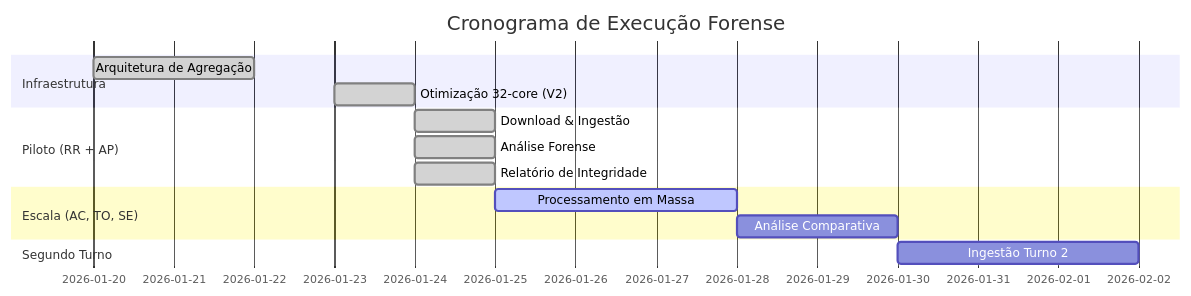
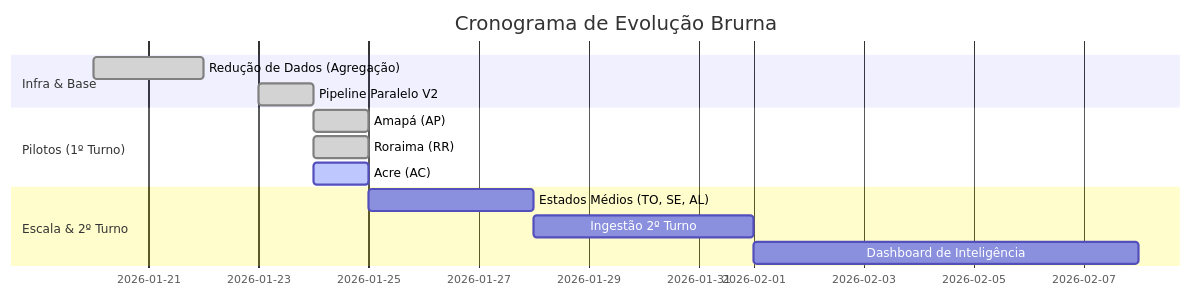
One commit to MarcosJRcwb/brurna-analytics changed the diagram in README.md. Above: the diagram before and after it, drawn with Mermaid. The commit also changed other lines of this file and 6 other files, not shown here.

Commit message:
docs: finalize roadmap priorities, architecture visual, and triple-state comparison

````diff
--- a/README.md
+++ b/README.md
@@ -51,17 +50,16 @@
 ```mermaid
 gantt
-    title Cronograma de Execução Forense
+    title Cronograma de Evolução Brurna
     dateFormat  YYYY-MM-DD
-    section Infraestrutura
-    Arquitetura de Agregação       :done,    des1, 2026-01-20, 2026-01-22
-    Otimização 32-core (V2)        :done,    des2, 2026-01-23, 2026-01-24
-    section Piloto (RR + AP)
-    Download & Ingestão            :done,    pil1, 2026-01-24, 1d
-    Análise Forense                :done,    pil2, 2026-01-24, 1d
-    Relatório de Integridade       :done,    pil3, 2026-01-24, 1d
-    section Escala (AC, TO, SE)
-    Processamento em Massa         :active,  esc1, 2026-01-25, 3d
-    Análise Comparativa            :         esc2, after esc1, 2d
-    section Segundo Turno
-    Ingestão Turno 2               :         t2_1, after esc2, 3d
+    section Infra & Base
+    Redução de Dados (Agregação)   :done,    d1, 2026-01-20, 2026-01-22
+    Pipeline Paralelo V2           :done,    d2, 2026-01-23, 2026-01-24
+    section Pilotos (1º Turno)
+    Amapá (AP)                     :done,    p1, 2026-01-24, 1d
+    Roraima (RR)                   :done,    p2, 2026-01-24, 1d
+    Acre (AC)                      :active,  p3, 2026-01-24, 1d
+    section Escala & 2º Turno
+    Estados Médios (TO, SE, AL)    :         e1, 2026-01-25, 3d
+    Ingestão 2º Turno              :         e2, 2026-01-28, 4d
+    Dashboard de Inteligência      :         e3, 2026-02-01, 7d
 ```
````
